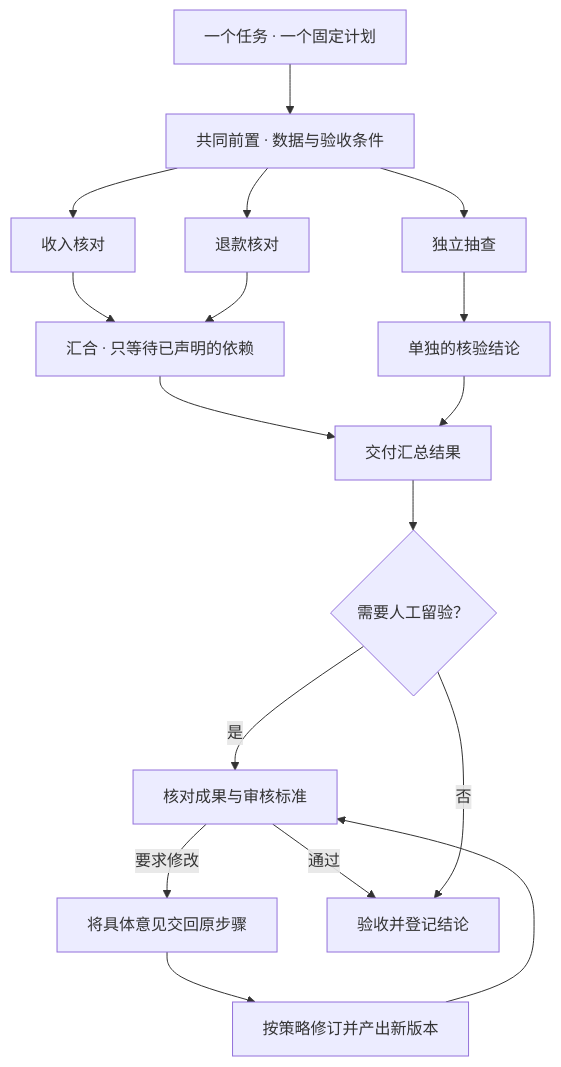
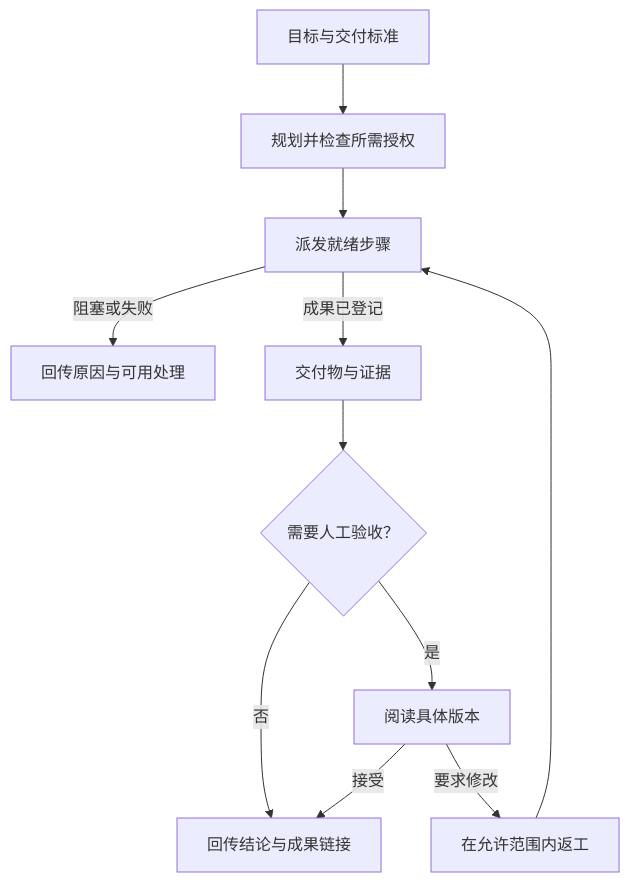
The second of 3 diagrams in README.md (theBeautifulIce/dsh-orchestra), drawn with Mermaid before and after one commit. The commit also changed other lines of this file and 1 other file, not shown here.

Commit message:
docs: explain Orchestra task workflows and refresh README diagrams

````diff
--- a/README.md
+++ b/README.md
@@ -63,19 +60,13 @@
-~~~mermaid
+```mermaid
 flowchart TD
-    T["一个任务 · 一个固定计划"] --> S["共同前置 · 数据与验收条件"]
-    S --> A["收入核对"]
-    S --> B["退款核对"]
-    S --> C["独立抽查"]
-    A --> J["汇合 · 只等待已声明的依赖"]
-    B --> J
-    C --> R["单独的核验结论"]
-    J --> D["交付汇总结果"]
-    R --> D
-    D --> H{"需要人工留验？"}
-    H -->|是| V["核对成果与审核标准"]
-    V -->|要求修改| F["将具体意见交回原步骤"]
-    F --> N["按策略修订并产出新版本"]
-    N --> V
-    V -->|通过| E["验收并登记结论"]
-    H -->|否| E
-~~~
+    G["目标与交付标准"] --> P["规划并检查所需授权"]
+    P --> E["派发就绪步骤"]
+    E -->|阻塞或失败| B["回传原因与可用处理"]
+    E -->|成果已登记| A["交付物与证据"]
+    A --> Q{"需要人工验收？"}
+    Q -->|否| F["回传结论与成果链接"]
+    Q -->|是| H["阅读具体版本"]
+    H -->|接受| F
+    H -->|要求修改| W["在允许范围内返工"]
+    W --> E
+```
````
